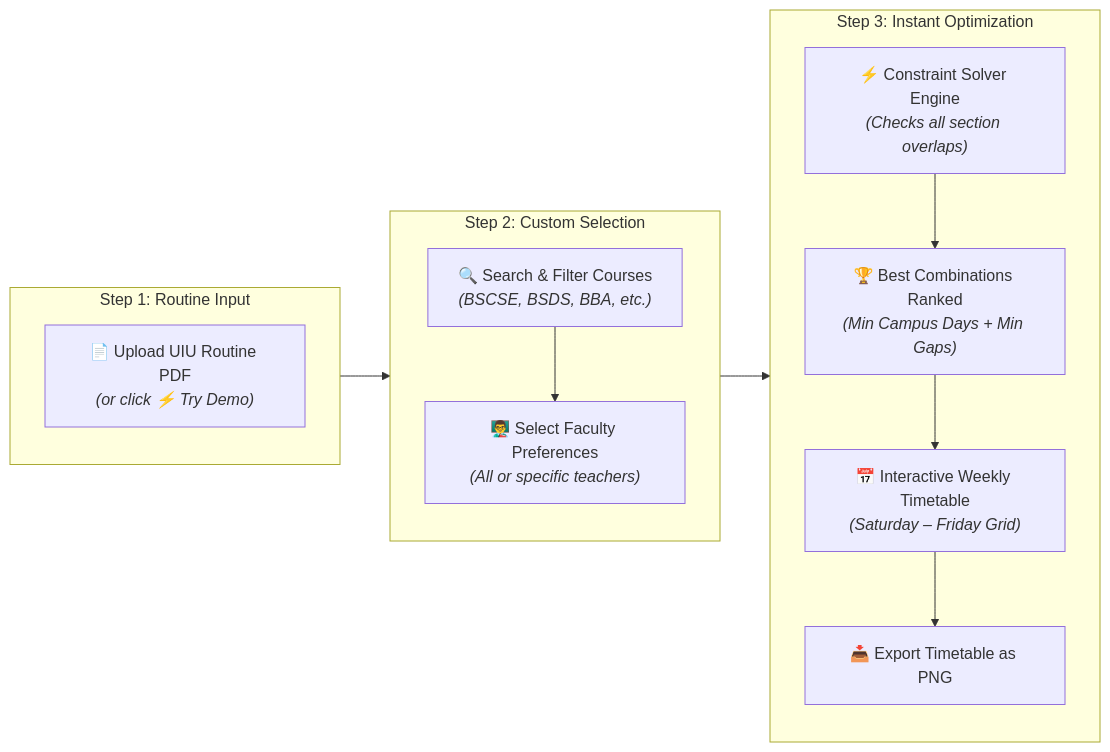
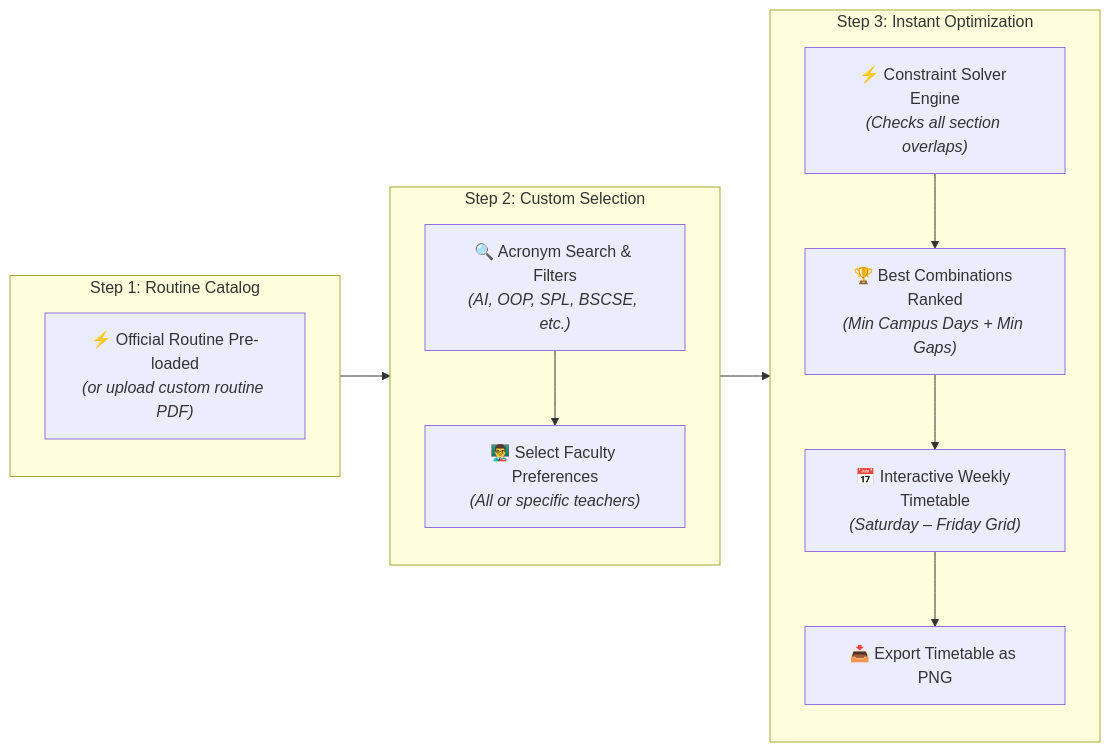
Before and after one commit to itsnotTalha/UIU-Routine-Optimizer: the diagram in README.md, drawn with Mermaid. The commit also changed other lines of this file and 13 other files, not shown here.

Commit message:
feat: pre-load default routine from routines/ with custom PDF toggle and upload animations

````diff
--- a/README.md
+++ b/README.md
@@ -66,23 +67,23 @@
 ```mermaid
 flowchart LR
-    subgraph Step1["Step 1: Routine Input"]
-        A["📄 Upload UIU Routine PDF<br/><i>(or click ⚡ Try Demo)</i>"]
+    subgraph Step1["Step 1: Routine Catalog"]
+        A["⚡ Official Routine Pre-loaded<br/><i>(or upload custom routine PDF)</i>"]
     end
 
     subgraph Step2["Step 2: Custom Selection"]
-        B["🔍 Search & Filter Courses<br/><i>(BSCSE, BSDS, BBA, etc.)</i>"]
+        B["🔍 Acronym Search & Filters<br/><i>(AI, OOP, SPL, BSCSE, etc.)</i>"]
         C["👨‍🏫 Select Faculty Preferences<br/><i>(All or specific teachers)</i>"]
     end
 
     subgraph Step3["Step 3: Instant Optimization"]
         D["⚡ Constraint Solver Engine<br/><i>(Checks all section overlaps)</i>"]
         E["🏆 Best Combinations Ranked<br/><i>(Min Campus Days + Min Gaps)</i>"]
         F["📅 Interactive Weekly Timetable<br/><i>(Saturday – Friday Grid)</i>"]
         G["📥 Export Timetable as PNG"]
     end
 
     Step1 --> Step2
     B --> C
     Step2 --> Step3
     D --> E --> F --> G
 ```
````
